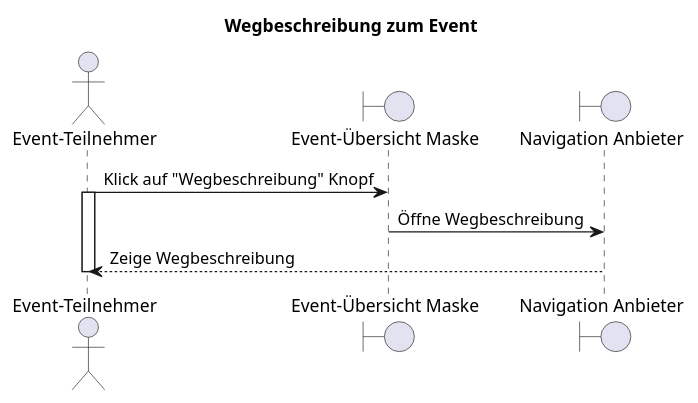
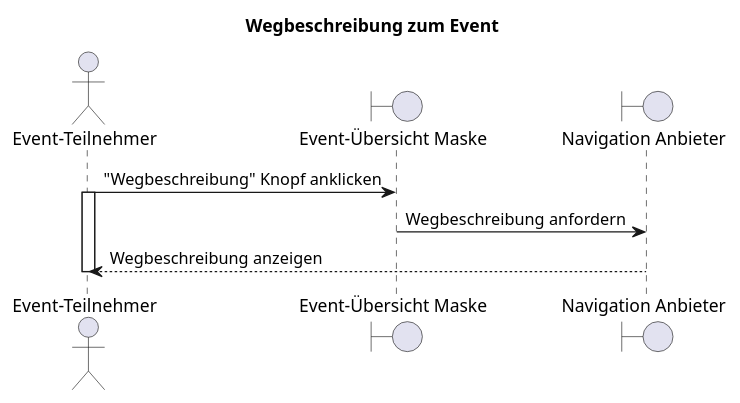
One commit to party-time-2/party-time changed the diagram in docs/F018/F018_WegbeschreibungZumEvent_seq.plantuml. Above: the diagram before and after it, drawn with PlantUML. The commit also changed 7 other files, not shown here.

Commit message:
F018 diagrams overhaul and F019 diagrams draft

```diff
--- a/docs/F018/F018_WegbeschreibungZumEvent_seq.plantuml
+++ b/docs/F018/F018_WegbeschreibungZumEvent_seq.plantuml
@@ -1,13 +1,13 @@
 @startuml F018_WegbeschreibungZumEvent_seq
 title "Wegbeschreibung zum Event"
 
 actor "Event-Teilnehmer" as user
 boundary "Event-Übersicht Maske" as eventMask
 boundary "Navigation Anbieter" as navProvider
 
-user -> eventMask: Klick auf "Wegbeschreibung" Knopf
+user -> eventMask: "Wegbeschreibung" Knopf anklicken
 activate user
-eventMask -> navProvider: Öffne Wegbeschreibung
-user <-- navProvider: Zeige Wegbeschreibung
+eventMask -> navProvider: Wegbeschreibung anfordern
+user <-- navProvider: Wegbeschreibung anzeigen
 deactivate user
 @enduml
```
